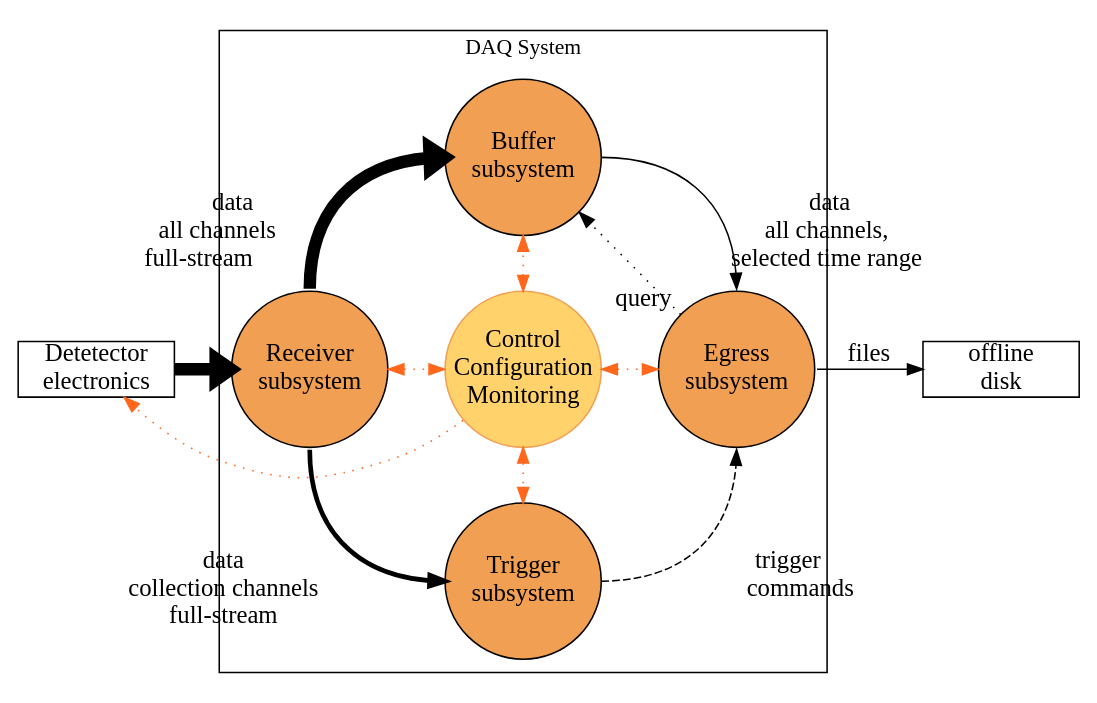
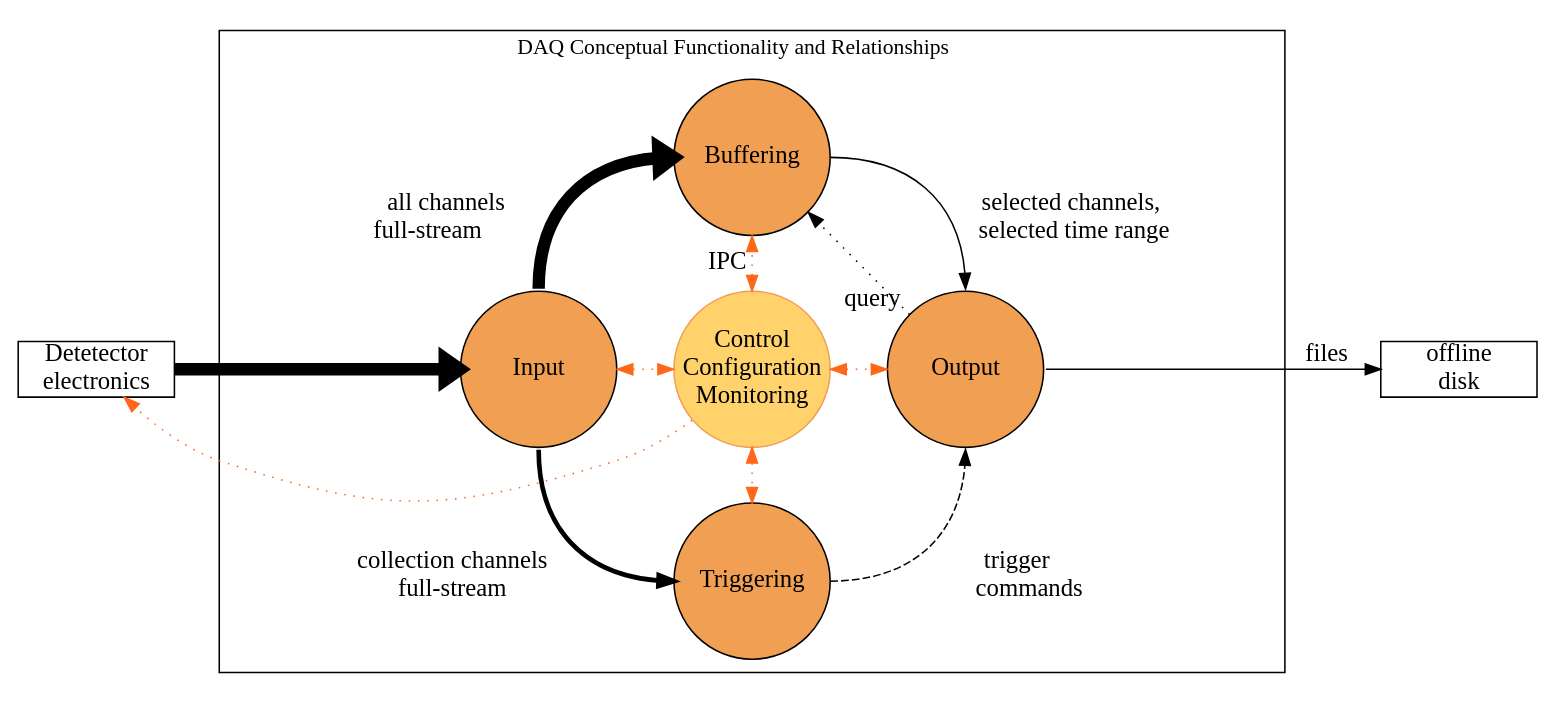
One commit to DUNE/dune-tdr changed the diagram in graphics/daq-toplevel-conceptual.dot. Above: the diagram before and after it, drawn with Graphviz. The commit also changed 4 other files, not shown here.

```diff
--- a/graphics/daq-toplevel-conceptual.dot
+++ b/graphics/daq-toplevel-conceptual.dot
@@ -1,46 +1,47 @@
 digraph top {
         rankdir=LR;
         compound=true;
         
         graph[layout=dot,splines=true];
         node[shape=circle,width=1.4, fixedsize=true,fontsize=16];
         edge[fontsize=16];
         ce[label="Detetector\nelectronics",shape=box];
         out[label="offline\ndisk",shape=box];
         node[style=filled,fillcolor="#f19f53"]
         subgraph cluster_daq {
                 rc[color="#f19f53",fillcolor="#ffd26c",label="Control\nConfiguration\nMonitoring"];
-                recv[label="Receiver\nsubsystem"];
-                buf[label="Buffer\nsubsystem"];
-                trig[label="Trigger\nsubsystem"];
-                eb[label="Egress\nsubsystem"];
-                label="DAQ System";
+                recv[label="Input"];
+                buf[label="Buffering"];
+                trig[label="Triggering"];
+                eb[label="Output"];
+                # crazy spacing to make subgraph frame encompase edge labels
+                label="                                 DAQ Conceptual Functionality and Relationships                                       ";
         }
 
 
         
 
         ce->recv[penwidth=8];
-        recv:n->buf:w[penwidth=8,xlabel="data\nall channels     \nfull-stream           "];
-        recv:s->trig:w[penwidth=3,xlabel="data\ncollection channels\nfull-stream"];
-        buf:e->eb:n[xlabel="  data\nall channels,\nselected time range"];
+        recv:n->buf:w[penwidth=8,xlabel="all channels     \nfull-stream           "];
+        recv:s->trig:w[penwidth=3,xlabel="collection channels\nfull-stream"];
+        buf:e->eb:n[xlabel="  selected channels,\n   selected time range"];
         trig:e->eb:s[style=dashed,xlabel=" trigger\n     commands"];
         eb->buf[style=dotted, constraint=false,taillabel="query"];
 
         eb:e->out:w[label="files"];
 
         # orange="#ff671b"
         # navy="#003b71"
         # sky="#7daed3"
 
         # Run Control connections
         edge[color="#ff671b", style=dotted, dir=both];
         recv->rc[];
         rc->eb;
         edge[constraint=false, style=dotted];
         rc->trig
-        rc->buf;
+        rc->buf[label="IPC  "];
         edge[dir=forward];
         rc->ce;
         
 }
```
